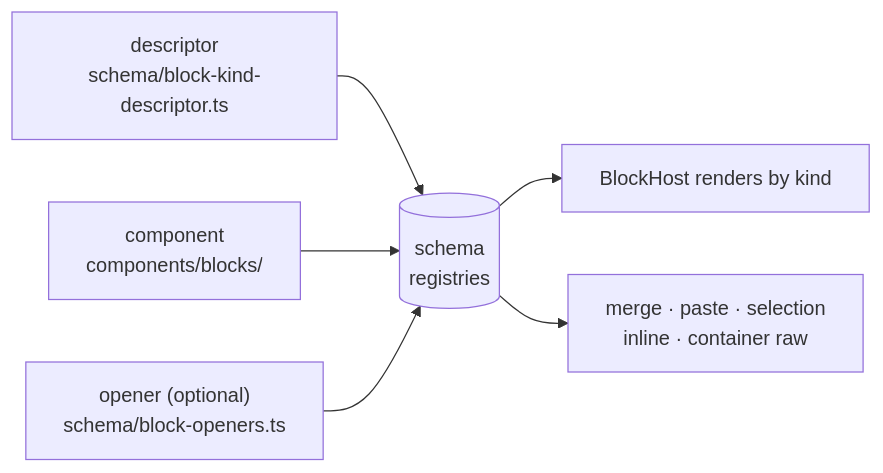
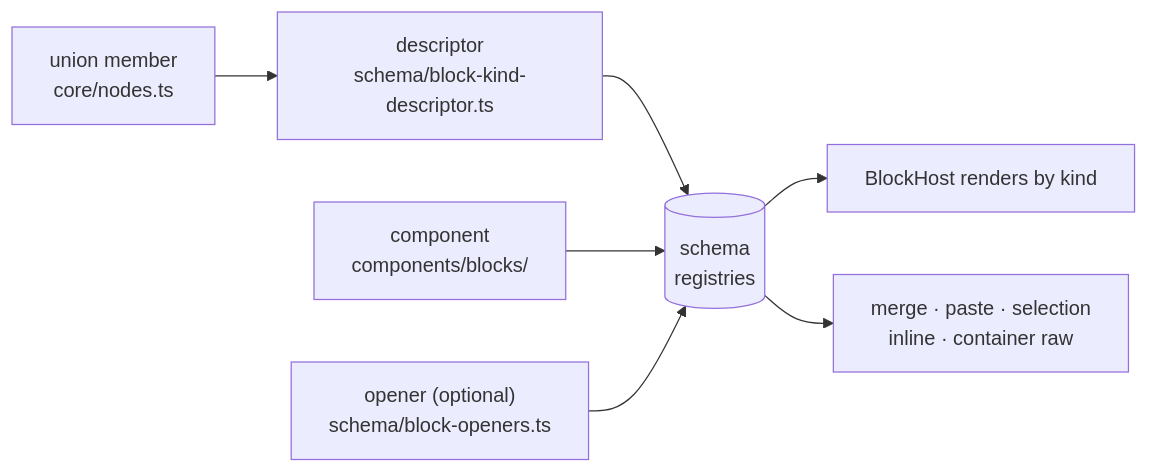
The diagram in docs/contributing/adding-a-block.md (voithos-labs/aragonite), drawn with Mermaid before and after one commit. The commit also changed other lines of this file and 35 other files, not shown here.

````diff
--- a/docs/contributing/adding-a-block.md
+++ b/docs/contributing/adding-a-block.md
@@ -15,8 +15,9 @@
 ```mermaid
 flowchart LR
-  D["descriptor<br/>schema/block-kind-descriptor.ts"] --> R[("schema<br/>registries")]
+  N["union member<br/>core/nodes.ts"] --> D["descriptor<br/>schema/block-kind-descriptor.ts"]
+  D --> R[("schema<br/>registries")]
   C["component<br/>components/blocks/"] --> R
   O["opener (optional)<br/>schema/block-openers.ts"] --> R
   R --> H["BlockHost renders by kind"]
   R --> X["merge · paste · selection<br/>inline · container raw"]
 ```
````
